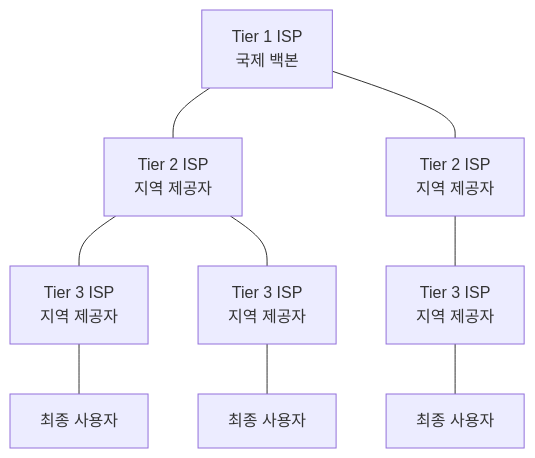
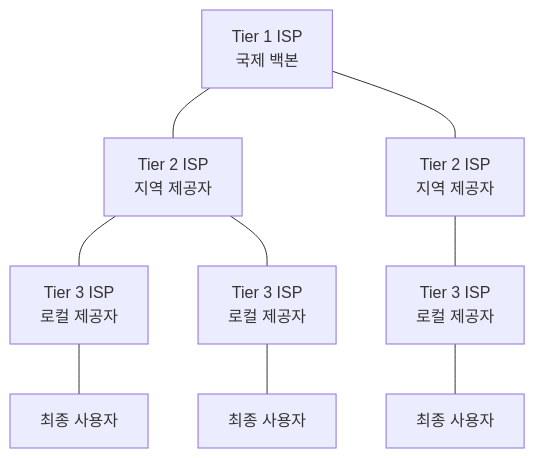
Before and after one commit to Choroning/25Spring_Computer-Networks: the first of 3 diagrams in Lecture-Notes/Ch01-02_Introduction-and-Network-Layer/Concepts_Lecture.ko.md, drawn with Mermaid. The commit also changed other lines of this file and 31 other files, not shown here.

````diff
--- a/Lecture-Notes/Ch01-02_Introduction-and-Network-Layer/Concepts_Lecture.ko.md
+++ b/Lecture-Notes/Ch01-02_Introduction-and-Network-Layer/Concepts_Lecture.ko.md
@@ -54,11 +58,11 @@
 ```mermaid
 graph TD
     A[Tier 1 ISP<br/>국제 백본] --- B[Tier 2 ISP<br/>지역 제공자]
     A --- C[Tier 2 ISP<br/>지역 제공자]
-    B --- D[Tier 3 ISP<br/>지역 제공자]
-    B --- E[Tier 3 ISP<br/>지역 제공자]
-    C --- F[Tier 3 ISP<br/>지역 제공자]
+    B --- D[Tier 3 ISP<br/>로컬 제공자]
+    B --- E[Tier 3 ISP<br/>로컬 제공자]
+    C --- F[Tier 3 ISP<br/>로컬 제공자]
     D --- G[최종 사용자]
     E --- H[최종 사용자]
     F --- I[최종 사용자]
 ```
````
